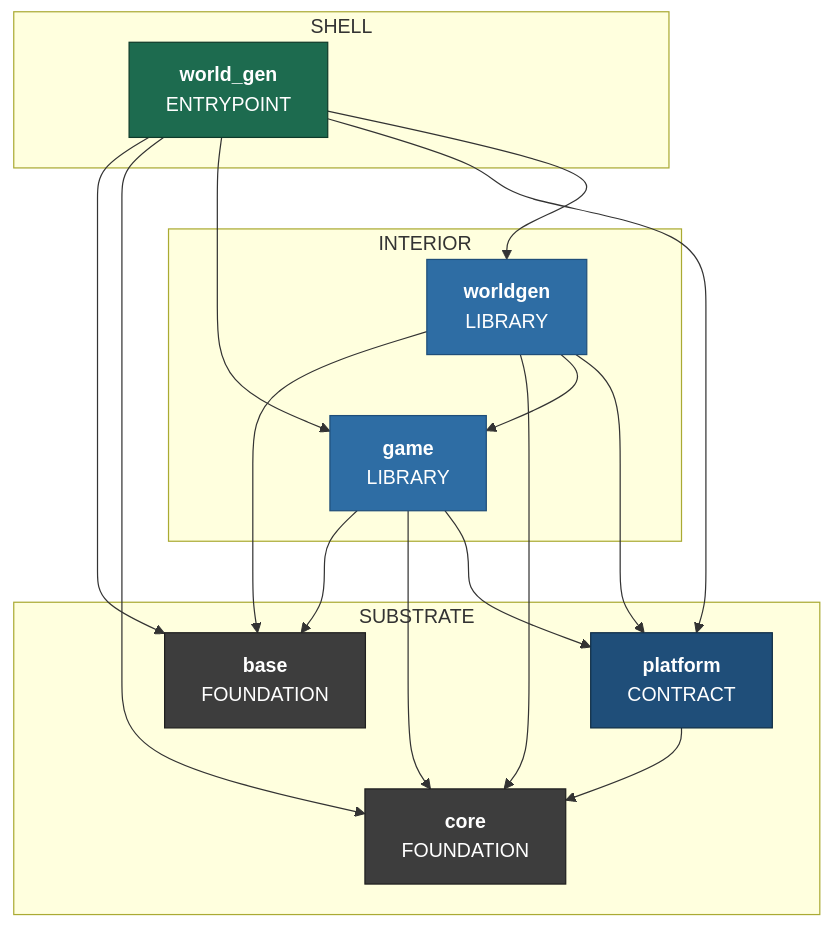
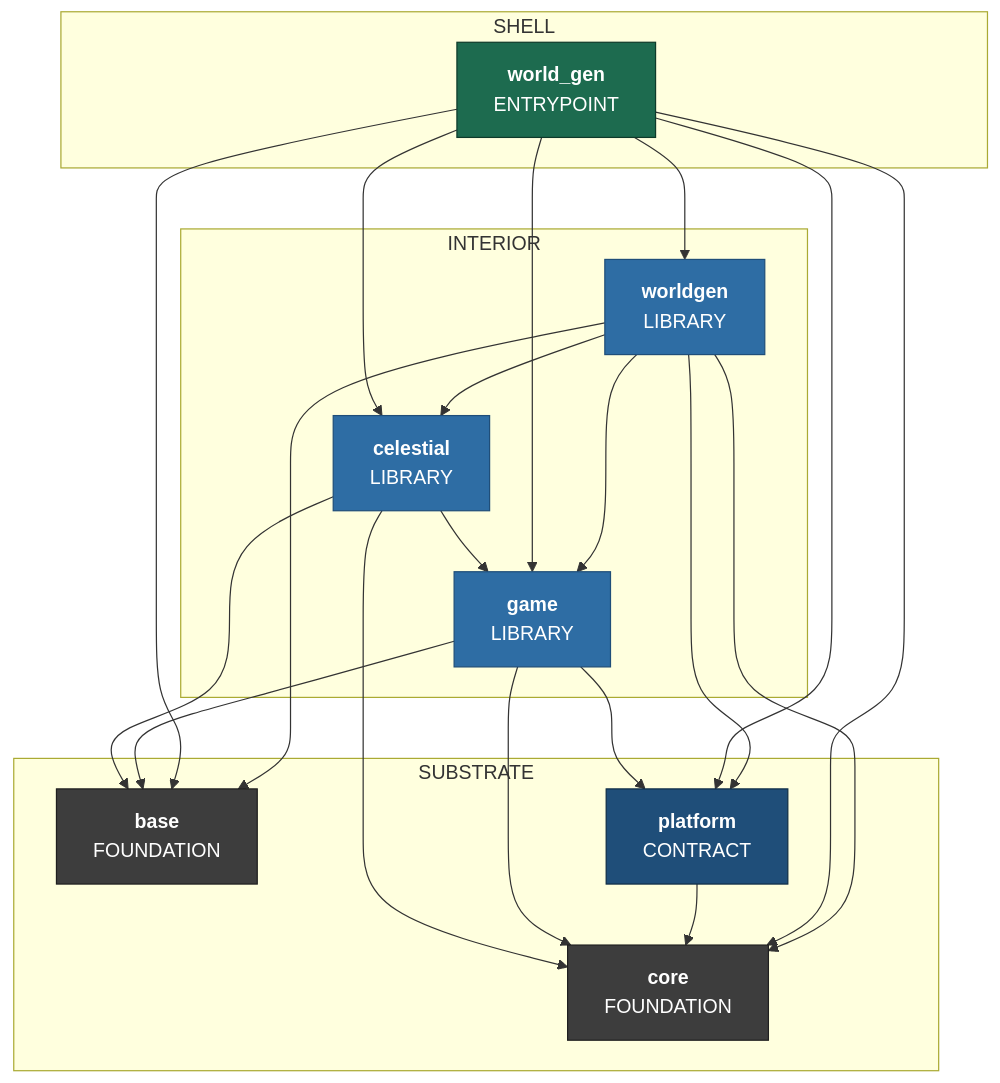
Before and after one commit to apnex/OpenStarbound: the sixth of 9 diagrams in docs/superpowers/specs/2026-08-01-sovereign-headless-client-design.md, drawn with Mermaid. The commit also changed other lines of this file and 5 other files, not shown here.

````diff
--- a/docs/superpowers/specs/2026-08-01-sovereign-headless-client-design.md
+++ b/docs/superpowers/specs/2026-08-01-sovereign-headless-client-design.md
@@ -1344,38 +1516,44 @@
 ```mermaid
 %% composition: world_gen
 flowchart TD
   subgraph Z_SUBSTRATE ["SUBSTRATE"]
     base["<b>base</b><br/>FOUNDATION"]
     core["<b>core</b><br/>FOUNDATION"]
     platform["<b>platform</b><br/>CONTRACT"]
   end
   subgraph Z_INTERIOR ["INTERIOR"]
+    celestial["<b>celestial</b><br/>LIBRARY"]
     game["<b>game</b><br/>LIBRARY"]
     worldgen["<b>worldgen</b><br/>LIBRARY"]
   end
   subgraph Z_SHELL ["SHELL"]
     world_gen["<b>world_gen</b><br/>ENTRYPOINT"]
   end
+  celestial --> base
+  celestial --> core
+  celestial --> game
   game --> base
   game --> core
   game --> platform
   platform --> core
   world_gen --> base
+  world_gen --> celestial
   world_gen --> core
   world_gen --> game
   world_gen --> platform
   world_gen --> worldgen
   worldgen --> base
+  worldgen --> celestial
   worldgen --> core
   worldgen --> game
   worldgen --> platform
   classDef kFoundation fill:#3d3d3d,stroke:#1f1f1f,color:#fff
   classDef kContract fill:#1f4e79,stroke:#0f2d46,color:#fff
   classDef kBackend fill:#7a3e9d,stroke:#4d2763,color:#fff
   classDef kLibrary fill:#2e6da4,stroke:#1f4e79,color:#fff
   classDef kEntrypoint fill:#1d6b4f,stroke:#0e3a2a,color:#fff
   class base,core kFoundation
   class platform kContract
-  class game,worldgen kLibrary
+  class celestial,game,worldgen kLibrary
   class world_gen kEntrypoint
 ```
````
